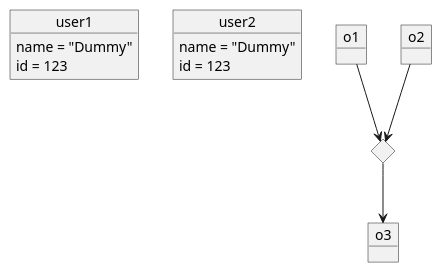
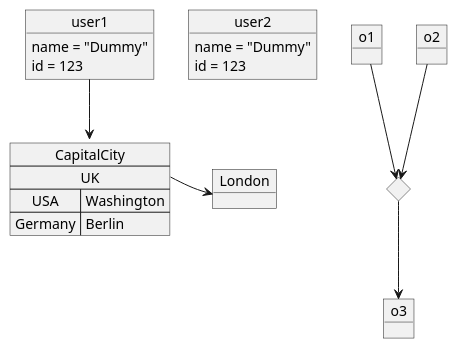
Before and after one commit to The-Lum/puml-themes-gallery: the diagram in input/Object.puml, drawn with PlantUML.

Commit message:
Update Object.puml
Add `map`

```diff
--- a/input/Object.puml
+++ b/input/Object.puml
@@ -1,20 +1,30 @@
 @startuml
 
 object user1
 user1 : name = "Dummy"
 user1 : id = 123
 
 object user2 {
   name = "Dummy"
   id = 123
 }
 
 object o1
 object o2
 diamond dia
 object o3
 
 o1  --> dia
 o2  --> dia
 dia --> o3
+
+object London
+
+map CapitalCity {
+ UK *-> London
+ USA => Washington
+ Germany => Berlin
+}
+
+user1 --> CapitalCity
 @enduml
```
